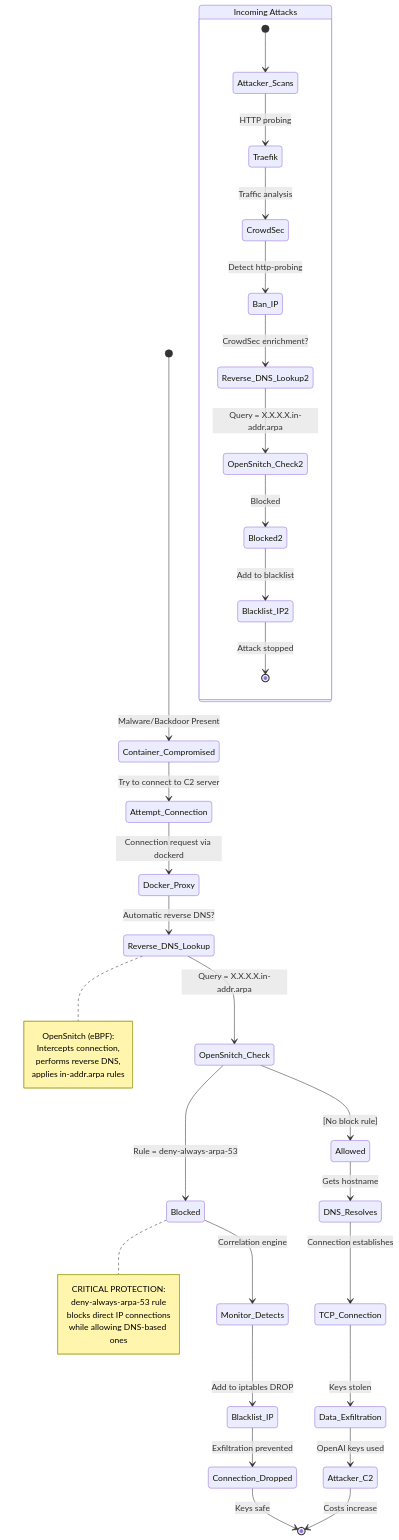
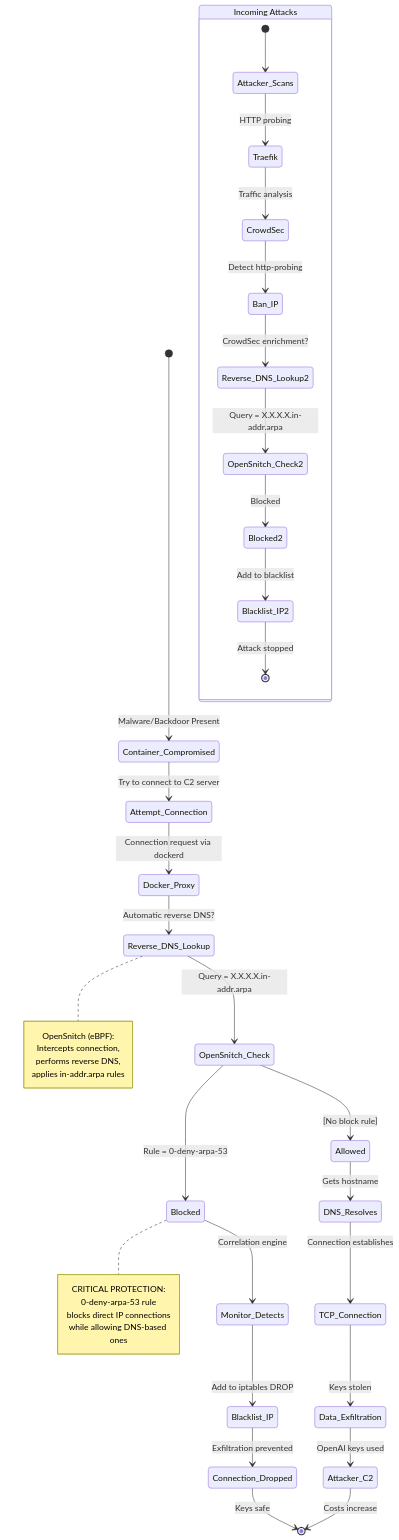
One commit to Morriz/itsUP changed the diagram in docs/security.md. Above: the diagram before and after it, drawn with Mermaid. The commit also changed other lines of this file and 33 other files, not shown here.

````diff
--- a/docs/security.md
+++ b/docs/security.md
@@ -204,52 +206,52 @@
 ```mermaid
 stateDiagram-v2
     [*] --> Container_Compromised: Malware/Backdoor Present
 
     Container_Compromised --> Attempt_Connection: Try to connect to C2 server
 
     Attempt_Connection --> Docker_Proxy: Connection request via dockerd
 
     Docker_Proxy --> Reverse_DNS_Lookup: Automatic reverse DNS?
 
     Reverse_DNS_Lookup --> OpenSnitch_Check: Query = X.X.X.X.in-addr.arpa
 
-    OpenSnitch_Check --> Blocked: Rule = deny-always-arpa-53
+    OpenSnitch_Check --> Blocked: Rule = 0-deny-arpa-53
     OpenSnitch_Check --> Allowed: [No block rule]
 
     Blocked --> Monitor_Detects: Correlation engine
     Monitor_Detects --> Blacklist_IP: Add to iptables DROP
     Blacklist_IP --> Connection_Dropped: Exfiltration prevented
     Connection_Dropped --> [*]: Keys safe
 
     Allowed --> DNS_Resolves: Gets hostname
     DNS_Resolves --> TCP_Connection: Connection establishes
     TCP_Connection --> Data_Exfiltration: Keys stolen
     Data_Exfiltration --> Attacker_C2: OpenAI keys used
     Attacker_C2 --> [*]: Costs increase
 
     state "Incoming Attacks" as Incoming {
         [*] --> Attacker_Scans
         Attacker_Scans --> Traefik: HTTP probing
         Traefik --> CrowdSec: Traffic analysis
         CrowdSec --> Ban_IP: Detect http-probing
         Ban_IP --> Reverse_DNS_Lookup2: CrowdSec enrichment?
         Reverse_DNS_Lookup2 --> OpenSnitch_Check2: Query = X.X.X.X.in-addr.arpa
         OpenSnitch_Check2 --> Blocked2: Blocked
         Blocked2 --> Blacklist_IP2: Add to blacklist
         Blacklist_IP2 --> [*]: Attack stopped
     }
 
     note right of Reverse_DNS_Lookup
         OpenSnitch (eBPF):
         Intercepts connection,
         performs reverse DNS,
         applies in-addr.arpa rules
     end note
 
     note right of Blocked
         CRITICAL PROTECTION:
-        deny-always-arpa-53 rule
+        0-deny-arpa-53 rule
         blocks direct IP connections
         while allowing DNS-based ones
     end note
 ```
````
